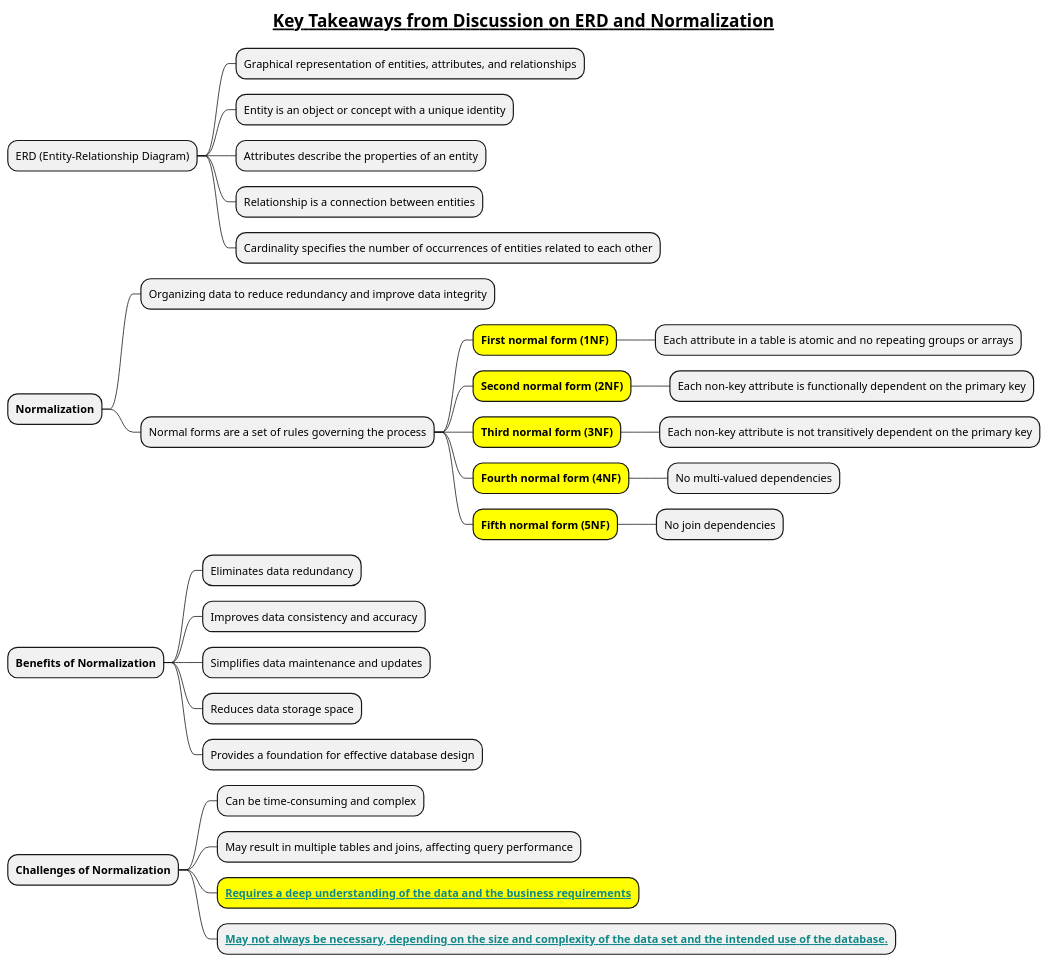
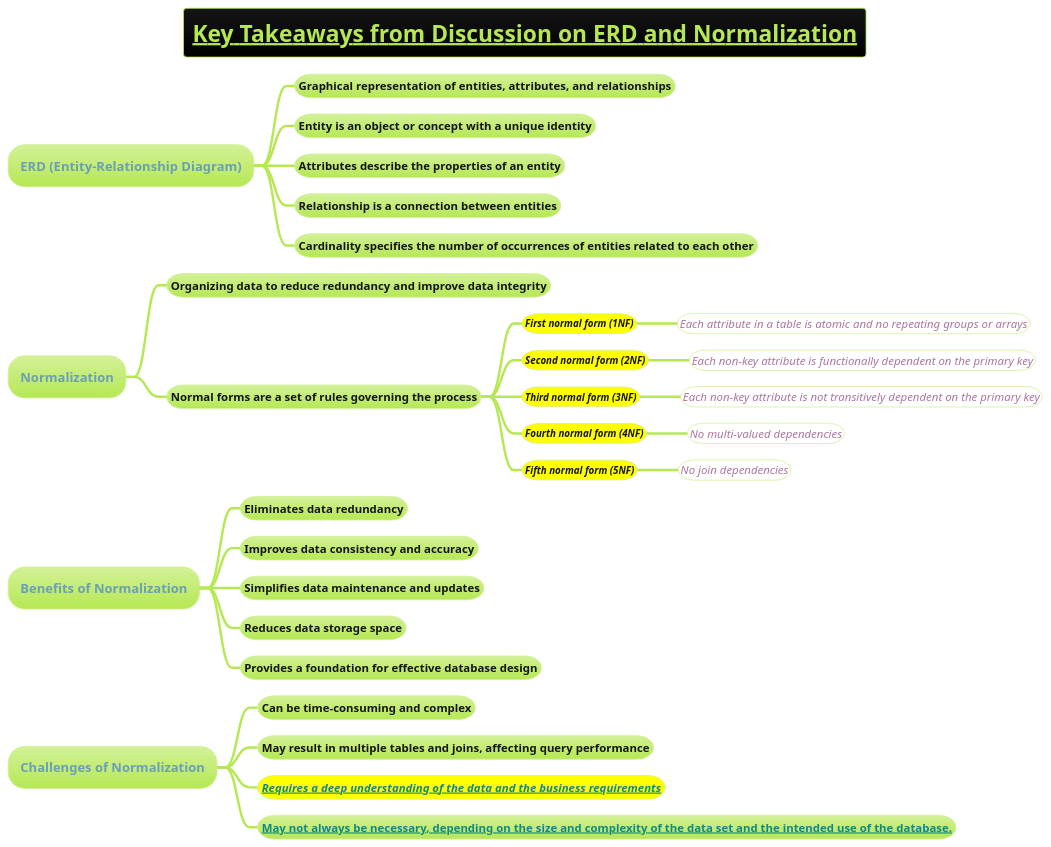
One commit to MehmoodHashmi/Documentation-as-Code-DaC changed the diagram in docs/books/1-books-backlog/DBMS/erd-normalization.puml. Above: the diagram before and after it, drawn with PlantUML. The commit also changed 3 other files, not shown here.

```diff
--- a/docs/books/1-books-backlog/DBMS/erd-normalization.puml
+++ b/docs/books/1-books-backlog/DBMS/erd-normalization.puml
@@ -1,39 +1,41 @@
 @startmindmap
 
 title = __Key Takeaways from Discussion on ERD and Normalization__
+!theme hacker
+
 
 * ERD (Entity-Relationship Diagram)
 ** Graphical representation of entities, attributes, and relationships
 ** Entity is an object or concept with a unique identity
 ** Attributes describe the properties of an entity
 ** Relationship is a connection between entities
 ** Cardinality specifies the number of occurrences of entities related to each other
 
 * **Normalization**
 ** Organizing data to reduce redundancy and improve data integrity
 ** Normal forms are a set of rules governing the process
-***[#yellow] **First normal form (1NF)**
-**** Each attribute in a table is atomic and no repeating groups or arrays
-***[#yellow] **Second normal form (2NF)**
-**** Each non-key attribute is functionally dependent on the primary key
-***[#yellow] **Third normal form (3NF)**
-**** Each non-key attribute is not transitively dependent on the primary key
-***[#yellow] **Fourth normal form (4NF)**
-**** No multi-valued dependencies
-***[#yellow] **Fifth normal form (5NF)**
-**** No join dependencies
+***[#yellow] ====**First normal form (1NF)**
+****[#white] ====<size:14>Each attribute in a table is atomic and no repeating groups or arrays
+***[#yellow] ====**Second normal form (2NF)**
+****[#white] ====<size:14>Each non-key attribute is functionally dependent on the primary key
+***[#yellow] ====**Third normal form (3NF)**
+****[#white] ====<size:14>Each non-key attribute is not transitively dependent on the primary key
+***[#yellow] ====**Fourth normal form (4NF)**
+****[#white] ====<size:14>No multi-valued dependencies
+***[#yellow] ====**Fifth normal form (5NF)**
+****[#white] ====<size:14>No join dependencies
 
 * **Benefits of Normalization**
 ** Eliminates data redundancy
 ** Improves data consistency and accuracy
 ** Simplifies data maintenance and updates
 ** Reduces data storage space
 ** Provides a foundation for effective database design
 
 * **Challenges of Normalization**
 ** Can be time-consuming and complex
 ** May result in multiple tables and joins, affecting query performance
-**[#yellow] <color #118888>**__Requires a deep understanding of the data and the business requirements__**</color>
+**[#yellow] ====<color #118888>**__Requires a deep understanding of the data and the business requirements__**</color>
 ** <color #118888>**__May not always be necessary, depending on the size and complexity of the data set and the intended use of the database.__**</color>
 
 @endmindmap
```
